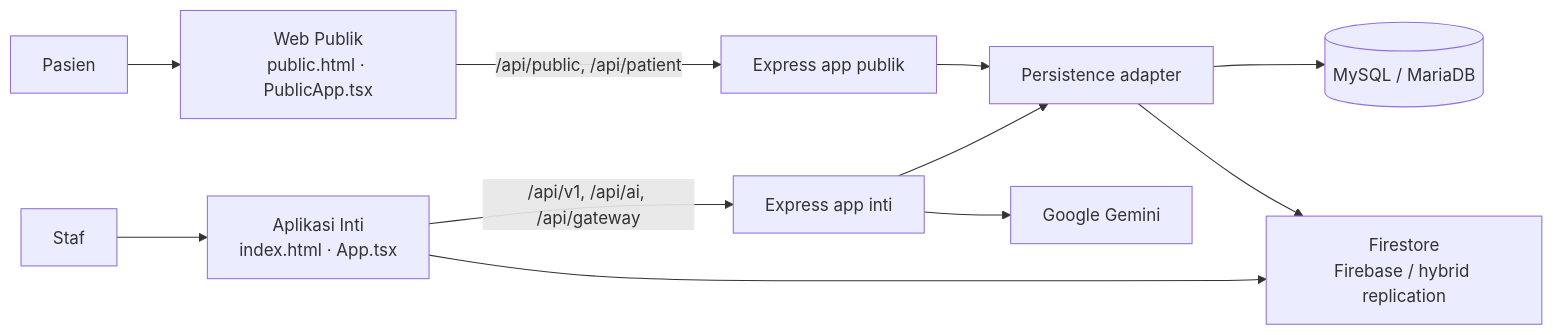
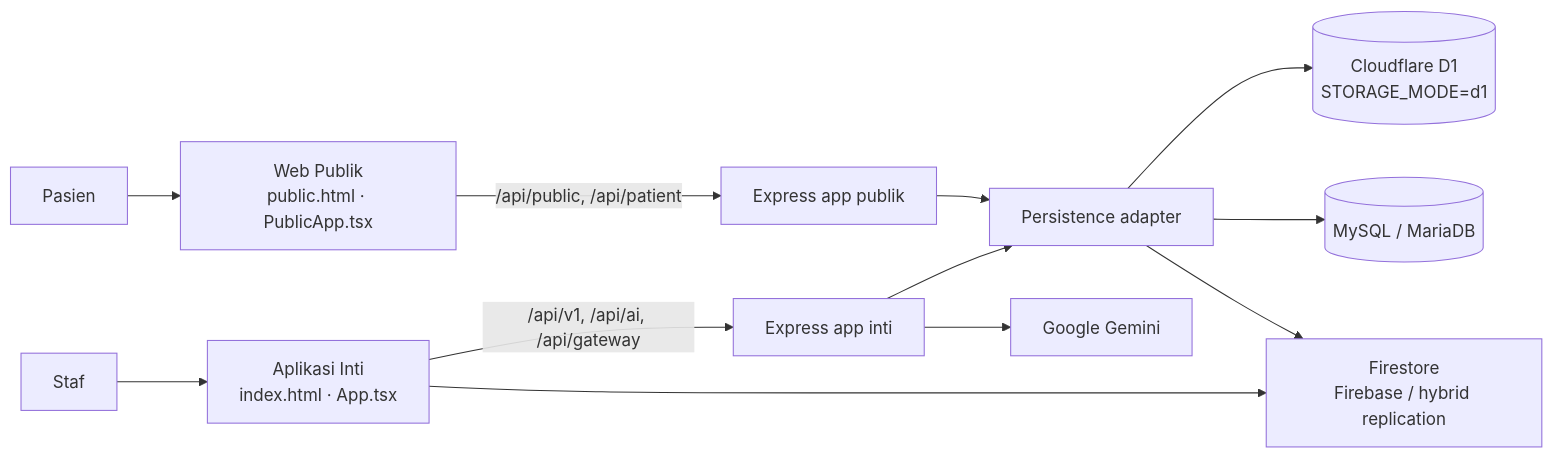
The diagram in README.md (dimzzthareza231-design/MYAPP), drawn with Mermaid before and after one commit. The commit also changed other lines of this file, not shown here.

First line of the commit message:
docs: update README for Cloudflare Workers + D1 deployment

````diff
--- a/README.md
+++ b/README.md
@@ -60,13 +64,14 @@
 ```mermaid
 flowchart LR
   P[Pasien] --> WP[Web Publik<br/>public.html · PublicApp.tsx]
   S[Staf] --> AI[Aplikasi Inti<br/>index.html · App.tsx]
   WP -->|/api/public, /api/patient| FP[Express app publik]
   AI -->|/api/v1, /api/ai, /api/gateway| FC[Express app inti]
   FP --> STORE[(Data store)]
   FC --> STORE[Persistence adapter]
+  STORE --> D1[(Cloudflare D1<br/>STORAGE_MODE=d1)]
   STORE --> MYSQL[(MySQL / MariaDB)]
   STORE --> FB[Firestore<br/>Firebase / hybrid replication]
   FC --> GEM[Google Gemini]
   AI --> FB
 ```
````
